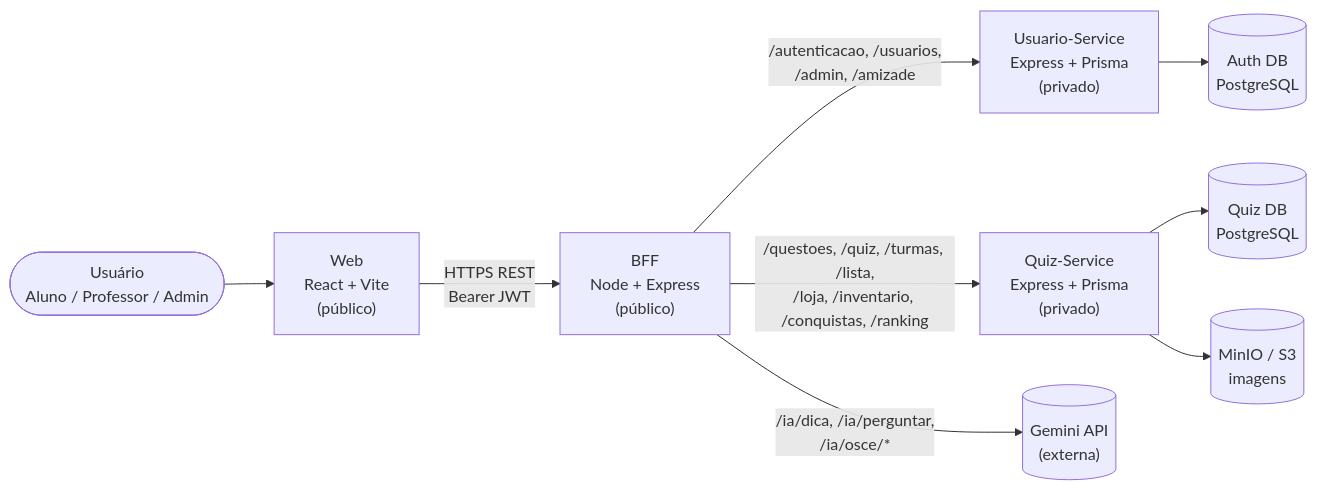
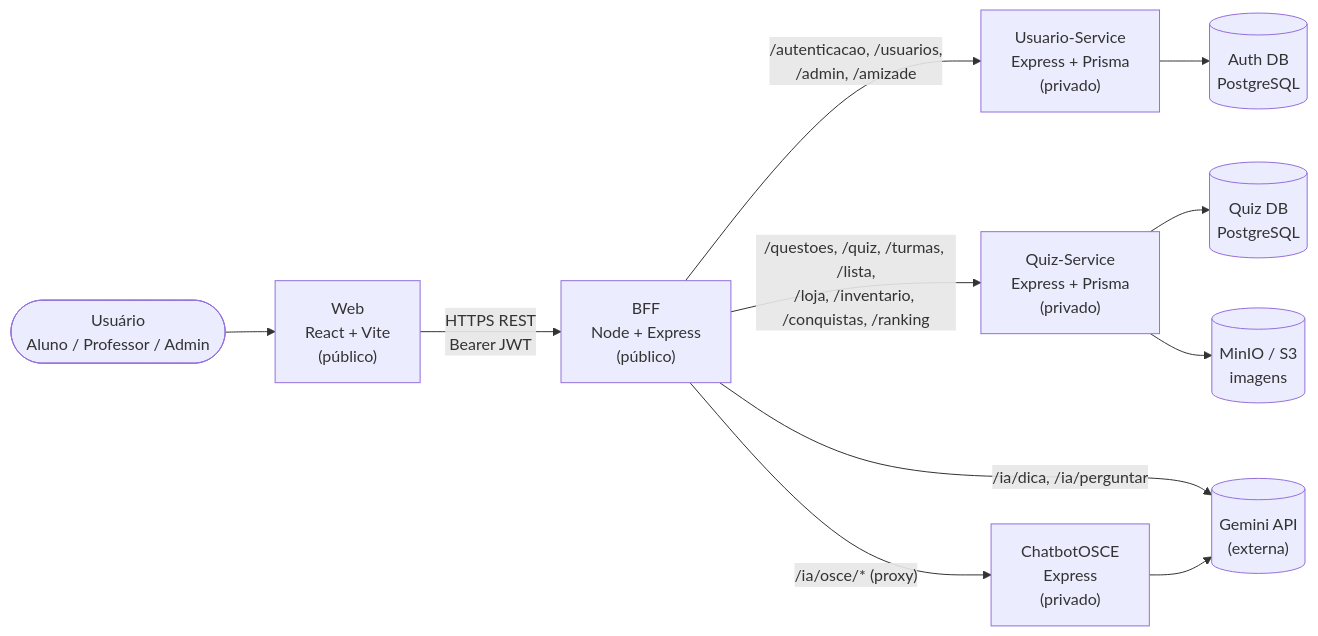
The first of 2 diagrams in docs/arquitetura/visao-geral.md (fga-eps-mds/2026-2-AnatoQuizUp-Doc), drawn with Mermaid before and after one commit. The commit also changed other lines of this file and 2 other files, not shown here.

Commit message:
docs(arquitetura): extrai a simulacao OSCE para o microservico ChatbotOSCE na DA-07
Decidido com os Product Owners: a estacao OSCE ganha um servico dedicado
(ChatbotOSCE), enquanto /ia/dica e /ia/perguntar continuam no BFF. O BFF
passa a fazer proxy de /ia/osce/* pelo mesmo padrao usado para o
Quiz-Service e o Usuario-Service.

````diff
--- a/docs/arquitetura/visao-geral.md
+++ b/docs/arquitetura/visao-geral.md
@@ -9,21 +9,24 @@
 ```mermaid
 flowchart LR
     user(["Usuário<br/>Aluno / Professor / Admin"])
     web["Web<br/>React + Vite<br/>(público)"]
     bff["BFF<br/>Node + Express<br/>(público)"]
     usr["Usuario-Service<br/>Express + Prisma<br/>(privado)"]
     quiz["Quiz-Service<br/>Express + Prisma<br/>(privado)"]
+    chatbot["ChatbotOSCE<br/>Express<br/>(privado)"]
     gemini[("Gemini API<br/>(externa)")]
     userDb[("Auth DB<br/>PostgreSQL")]
     quizDb[("Quiz DB<br/>PostgreSQL")]
     minio[("MinIO / S3<br/>imagens")]
 
     user --> web
     web -->|"HTTPS REST<br/>Bearer JWT"| bff
     bff -->|"/autenticacao, /usuarios,<br/>/admin, /amizade"| usr
     bff -->|"/questoes, /quiz, /turmas, /lista,<br/>/loja, /inventario, /conquistas, /ranking"| quiz
-    bff -->|"/ia/dica, /ia/perguntar,<br/>/ia/osce/*"| gemini
+    bff -->|"/ia/dica, /ia/perguntar"| gemini
+    bff -->|"/ia/osce/* (proxy)"| chatbot
+    chatbot --> gemini
     usr --> userDb
     quiz --> quizDb
     quiz --> minio
 ```
````
